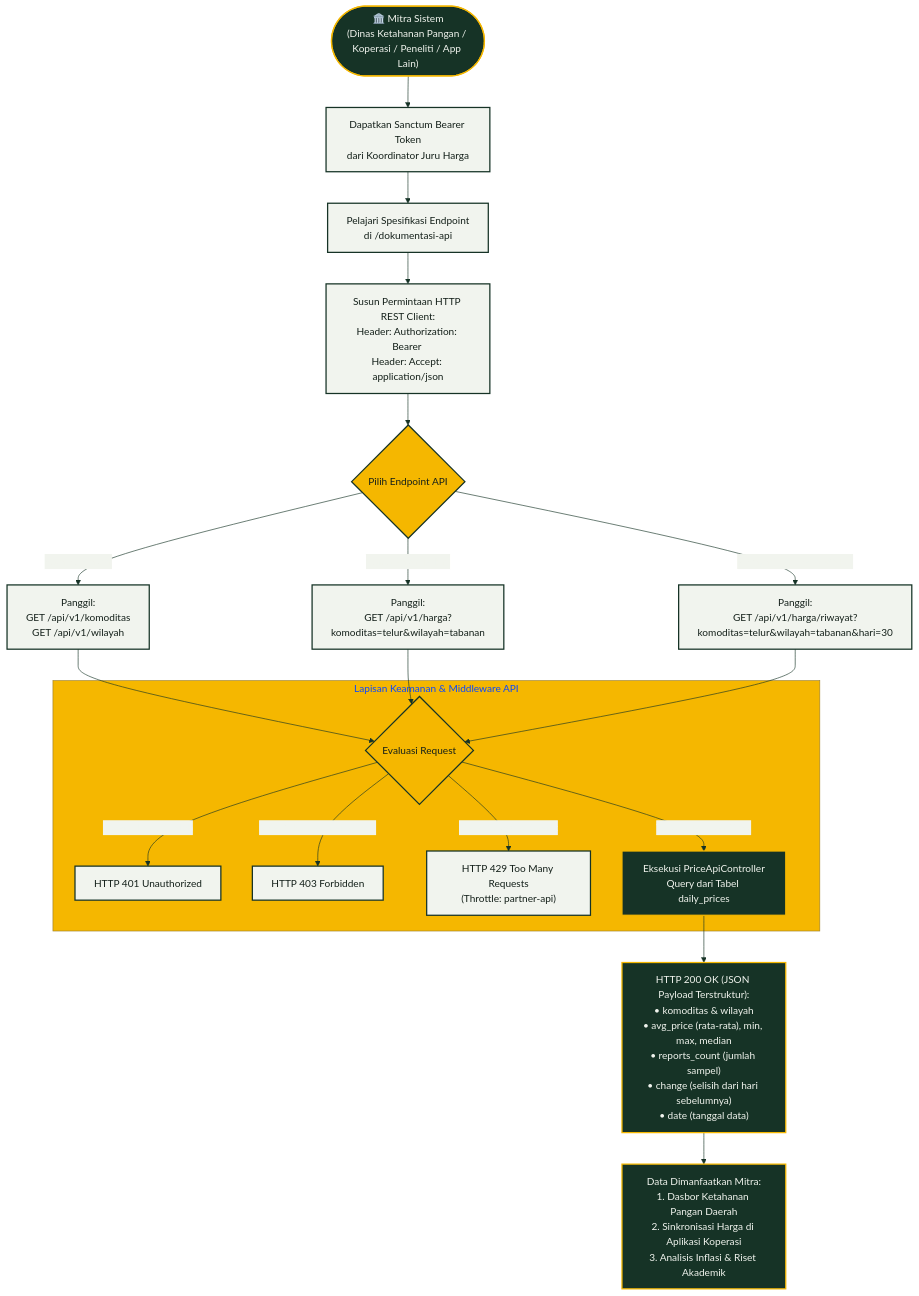
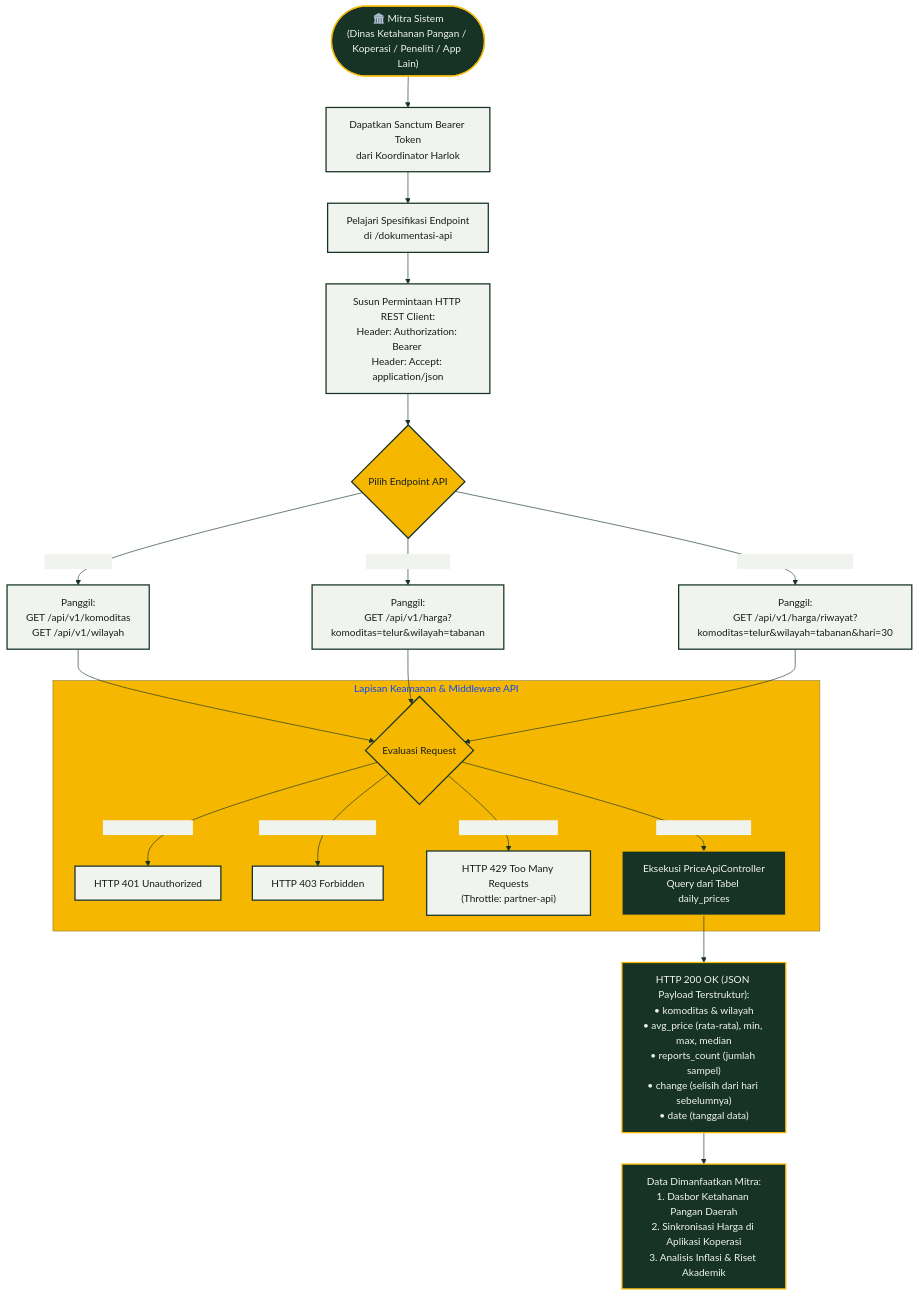
Before and after one commit to BanhAri01/harlok: the fourth of 4 diagrams in docs/diagram/userflow.md, drawn with Mermaid. The commit also changed other lines of this file and 8 other files, not shown here.

````diff
--- a/docs/diagram/userflow.md
+++ b/docs/diagram/userflow.md
@@ -206,44 +206,44 @@
 ```mermaid
 %%{init: {'theme': 'base', 'themeVariables': { 'primaryColor': '#163326', 'primaryTextColor': '#F1F4EE', 'primaryBorderColor': '#F5B700', 'lineColor': '#163326', 'secondaryColor': '#F1F4EE', 'tertiaryColor': '#F5B700'}}}%%
 flowchart TD
-    MitraStart(["🏛️ Mitra Sistem<br/>(Dinas Ketahanan Pangan / Koperasi / Peneliti / App Lain)"]) --> GetToken["Dapatkan Sanctum Bearer Token<br/>dari Koordinator Juru Harga"]
+    MitraStart(["🏛️ Mitra Sistem<br/>(Dinas Ketahanan Pangan / Koperasi / Peneliti / App Lain)"]) --> GetToken["Dapatkan Sanctum Bearer Token<br/>dari Koordinator Harlok"]
 
     GetToken --> ReadDocs["Pelajari Spesifikasi Endpoint<br/>di /dokumentasi-api"]
 
     ReadDocs --> PrepareReq["Susun Permintaan HTTP REST Client:<br/>Header: Authorization: Bearer <TOKEN><br/>Header: Accept: application/json"]
 
     PrepareReq --> ChooseEndpoint{"Pilih Endpoint API"}
 
     %% Endpoint Wilayah & Komoditas
     ChooseEndpoint -- "Katalog Master" --> ReqMaster["Panggil:<br/>GET /api/v1/komoditas<br/>GET /api/v1/wilayah"]
 
     %% Endpoint Harga Terbaru
     ChooseEndpoint -- "Harga Pasar Terkini" --> ReqPrices["Panggil:<br/>GET /api/v1/harga?komoditas=telur&wilayah=tabanan"]
 
     %% Endpoint Riwayat Tren
     ChooseEndpoint -- "Riwayat Tren Deret Waktu" --> ReqHistory["Panggil:<br/>GET /api/v1/harga/riwayat?komoditas=telur&wilayah=tabanan&hari=30"]
 
     ReqMaster --> SecurityCheck
     ReqPrices --> SecurityCheck
     ReqHistory --> SecurityCheck
 
     subgraph KEAMANAN_API["Lapisan Keamanan & Middleware API"]
         SecurityCheck{Evaluasi Request}
         SecurityCheck -- "Token Hilang / Salah" --> Resp401["HTTP 401 Unauthorized"]
         SecurityCheck -- "Role Bukan Partner/Admin" --> Resp403["HTTP 403 Forbidden"]
         SecurityCheck -- "Melebihi 60 req/menit" --> Resp429["HTTP 429 Too Many Requests<br/>(Throttle: partner-api)"]
         SecurityCheck -- "Valid & Terautentikasi" --> ProcessQuery["Eksekusi PriceApiController<br/>Query dari Tabel daily_prices"]
     end
 
     ProcessQuery --> Resp200["HTTP 200 OK (JSON Payload Terstruktur):<br/>• komoditas & wilayah<br/>• avg_price (rata-rata), min, max, median<br/>• reports_count (jumlah sampel)<br/>• change (selisih dari hari sebelumnya)<br/>• date (tanggal data)"]
 
     Resp200 --> ConsumeData["Data Dimanfaatkan Mitra:<br/>1. Dasbor Ketahanan Pangan Daerah<br/>2. Sinkronisasi Harga di Aplikasi Koperasi<br/>3. Analisis Inflasi & Riset Akademik"]
 
     classDef darkGreen fill:#163326,stroke:#F5B700,stroke-width:2px,color:#F1F4EE;
     classDef goldAccent fill:#F5B700,stroke:#163326,stroke-width:2px,color:#14201A;
     classDef paperLight fill:#F1F4EE,stroke:#163326,stroke-width:2px,color:#14201A;
 
     class MitraStart,ProcessQuery,Resp200,ConsumeData darkGreen;
     class ChooseEndpoint,SecurityCheck goldAccent;
     class GetToken,ReadDocs,PrepareReq,ReqMaster,ReqPrices,ReqHistory,Resp401,Resp403,Resp429 paperLight;
 ```
````
